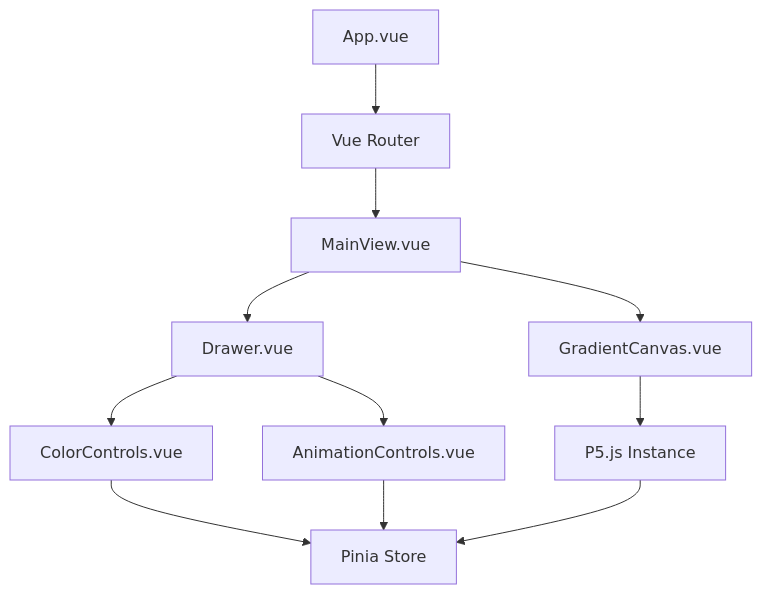
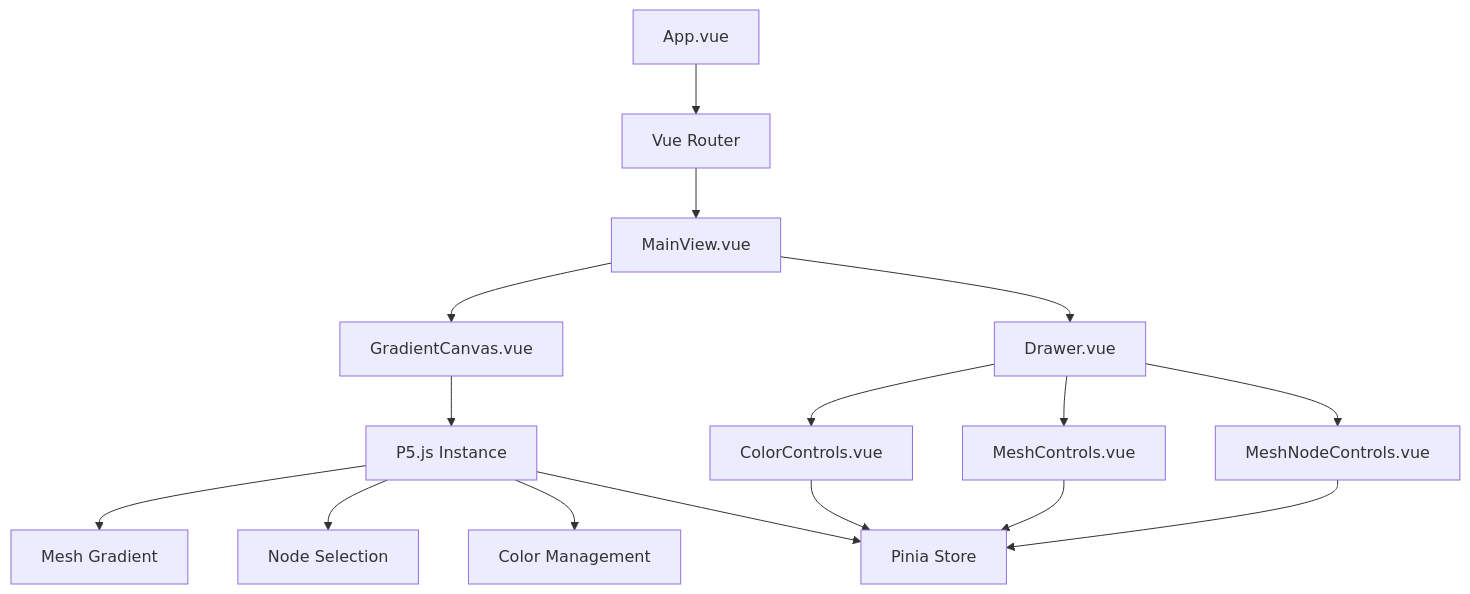
Before and after one commit to sjeibmann/Vue-P5js-Gradient-App: the diagram in README.md, drawn with Mermaid. The commit also changed other lines of this file and 4 other files, not shown here.

````diff
--- a/README.md
+++ b/README.md
@@ -96,15 +99,21 @@
 ```mermaid
 flowchart TD
     App[App.vue] --> Router[Vue Router]
     Router --> MainView[MainView.vue]
     MainView --> GradientCanvas[GradientCanvas.vue]
     MainView --> Drawer[Drawer.vue]
     
     GradientCanvas --> P5Instance[P5.js Instance]
+    P5Instance --> MeshGradient[Mesh Gradient]
+    P5Instance --> NodeSelection[Node Selection]
+    P5Instance --> ColorManagement[Color Management]
+    
     Drawer --> ColorControls[ColorControls.vue]
-    Drawer --> AnimationControls[AnimationControls.vue]
+    Drawer --> MeshControls[MeshControls.vue]
+    Drawer --> MeshNodeControls[MeshNodeControls.vue]
     
     ColorControls --> Store[Pinia Store]
-    AnimationControls --> Store
+    MeshControls --> Store
+    MeshNodeControls --> Store
     P5Instance --> Store
 ```
````
